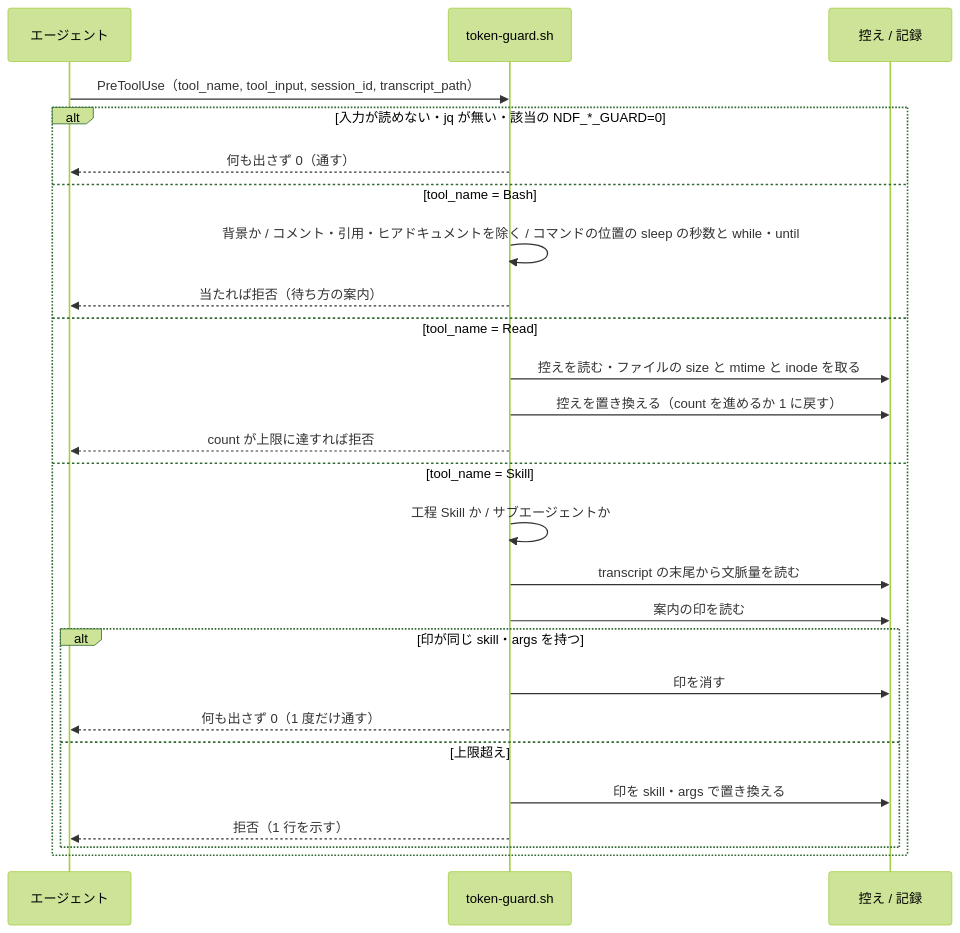
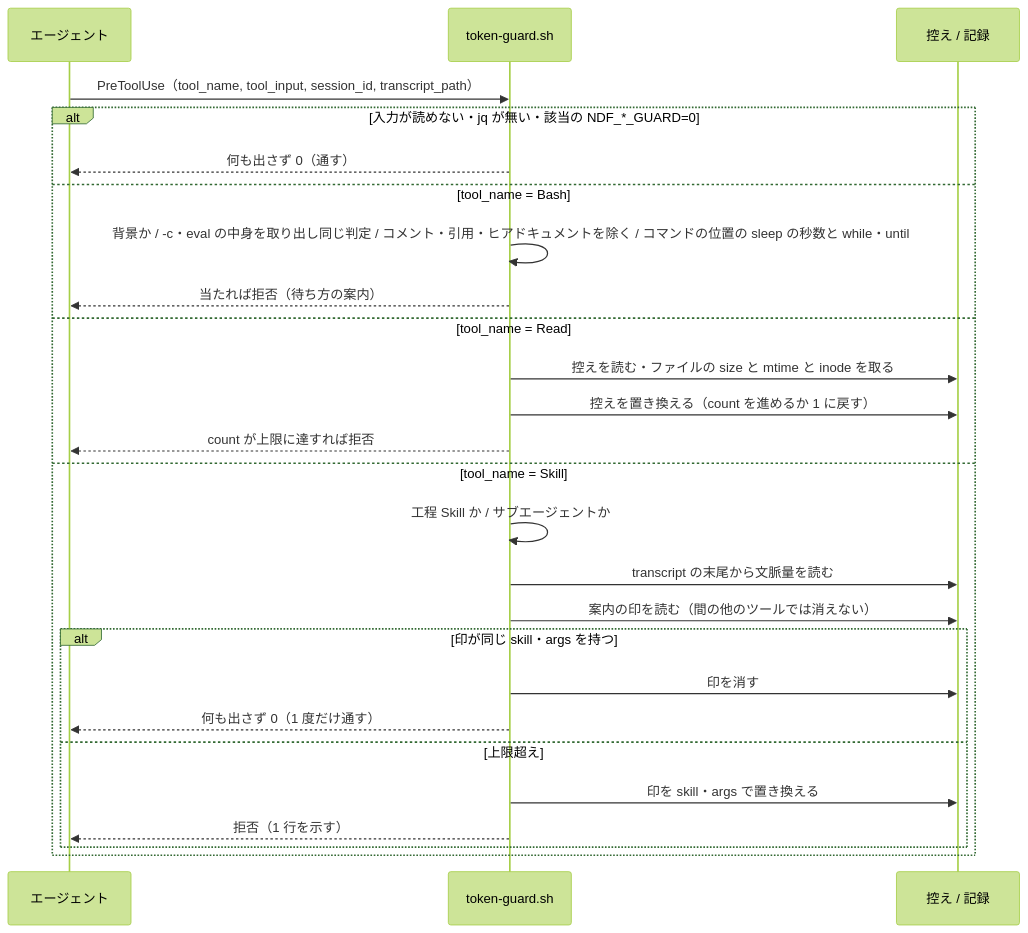
One commit to devbasex/ai-plugins changed the second of 3 diagrams in issues/issue-829-830-design.md. Above: the diagram before and after it, drawn with Mermaid (forest theme). The commit also changed other lines of this file and 1 other file, not shown here.

````diff
--- a/issues/issue-829-830-design.md
+++ b/issues/issue-829-830-design.md
@@ -233,28 +234,28 @@
 ```mermaid
 sequenceDiagram
   participant A as エージェント
   participant H as token-guard.sh
   participant S as 控え / 記録
   A->>H: PreToolUse（tool_name, tool_input, session_id, transcript_path）
   alt 入力が読めない・jq が無い・該当の NDF_*_GUARD=0
     H-->>A: 何も出さず 0（通す）
   else tool_name = Bash
-    H->>H: 背景か / コメント・引用・ヒアドキュメントを除く / コマンドの位置の sleep の秒数と while・until
+    H->>H: 背景か / -c・eval の中身を取り出し同じ判定 / コメント・引用・ヒアドキュメントを除く / コマンドの位置の sleep の秒数と while・until
     H-->>A: 当たれば拒否（待ち方の案内）
   else tool_name = Read
     H->>S: 控えを読む・ファイルの size と mtime と inode を取る
     H->>S: 控えを置き換える（count を進めるか 1 に戻す）
     H-->>A: count が上限に達すれば拒否
   else tool_name = Skill
     H->>H: 工程 Skill か / サブエージェントか
     H->>S: transcript の末尾から文脈量を読む
-    H->>S: 案内の印を読む
+    H->>S: 案内の印を読む（間の他のツールでは消えない）
     alt 印が同じ skill・args を持つ
       H->>S: 印を消す
       H-->>A: 何も出さず 0（1 度だけ通す）
     else 上限超え
       H->>S: 印を skill・args で置き換える
       H-->>A: 拒否（1 行を示す）
     end
   end
 ```
````
